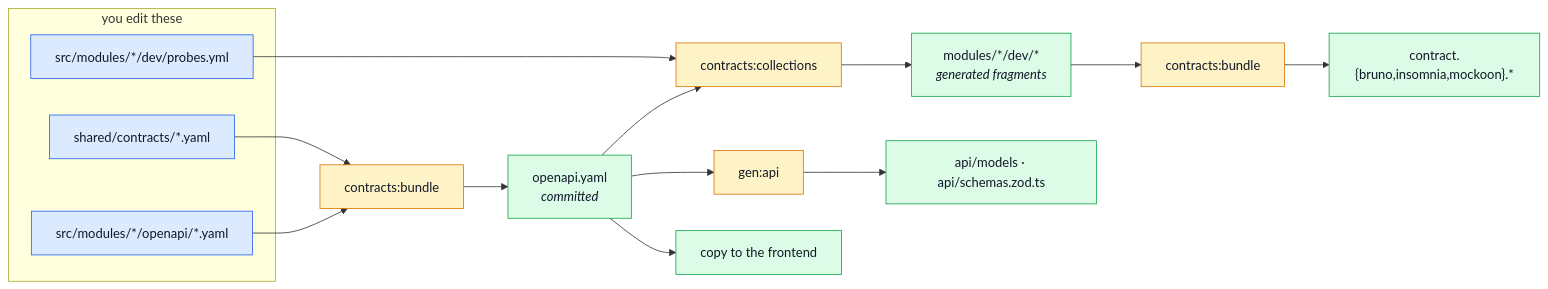
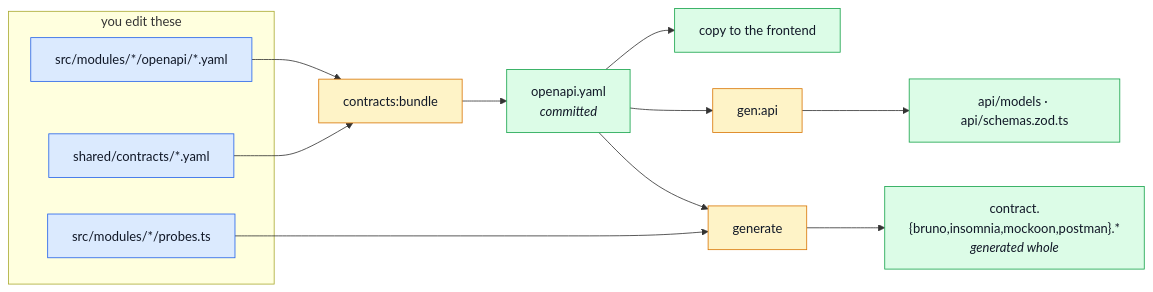
One commit to Guebbit/boilerplate-node-backend changed the diagram in docs/api/regenerating.md. Above: the diagram before and after it, drawn with Mermaid. The commit also changed other lines of this file and 82 other files, not shown here.

````diff
--- a/docs/api/regenerating.md
+++ b/docs/api/regenerating.md
@@ -30,29 +30,27 @@
 ```mermaid
 %%{init: {'flowchart': {'nodeSpacing': 45, 'rankSpacing': 55}}}%%
 flowchart LR
     subgraph AUTH["you edit these"]
         MF["src/modules/*/openapi/*.yaml"]
         SH["shared/contracts/*.yaml"]
-        PR["src/modules/*/dev/probes.yml"]
+        PR["src/modules/*/probes.ts"]
     end
 
     MF --> B[contracts:bundle]
     SH --> B
     B --> ROOT["openapi.yaml<br/><i>committed</i>"]
 
-    ROOT --> COL[contracts:collections]
+    ROOT --> COL[generate]
     PR --> COL
-    COL --> DEVFRAG["modules/*/dev/*<br/><i>generated fragments</i>"]
-    DEVFRAG --> B2[contracts:bundle]
-    B2 --> DEV["contract.{bruno,insomnia,mockoon}.*"]
+    COL --> DEV["contract.{bruno,insomnia,mockoon,postman}.*<br/><i>generated whole</i>"]
 
     ROOT --> G[gen:api] --> API["api/models · api/schemas.zod.ts"]
     ROOT --> FE["copy to the frontend"]
 
     classDef auth fill:#dbeafe,stroke:#2563eb,color:#111827;
     classDef out fill:#dcfce7,stroke:#16a34a,color:#111827;
     classDef tool fill:#fef3c7,stroke:#d97706,color:#111827;
     class MF,SH,PR auth;
     class ROOT,DEV,API,DEVFRAG,FE out;
     class B,B2,COL,G tool;
 ```
````
